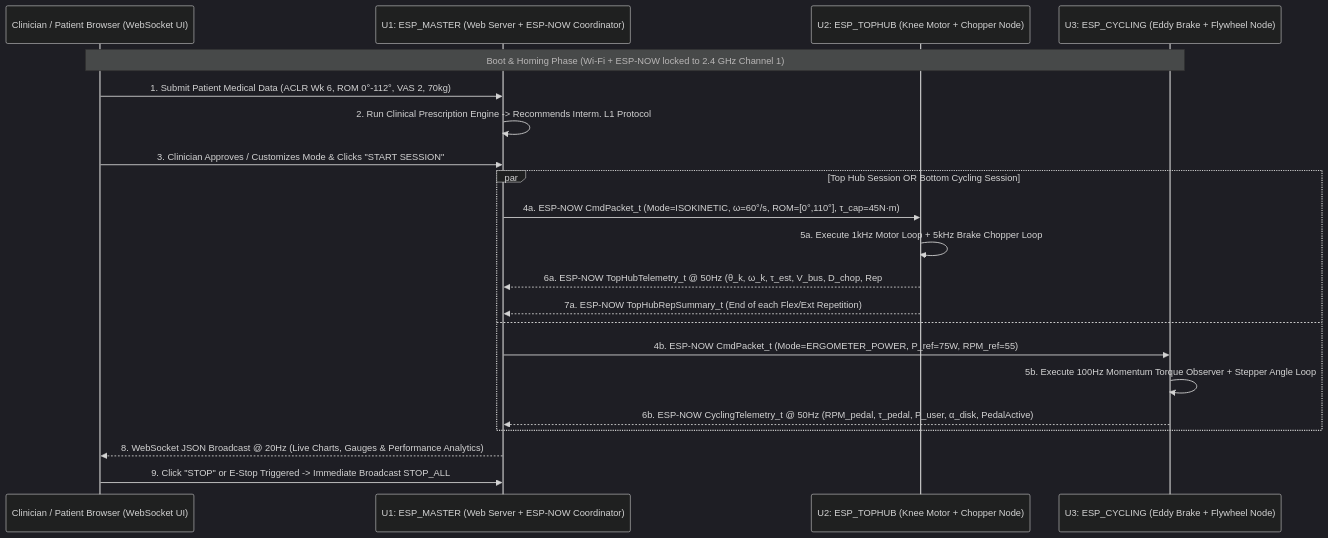
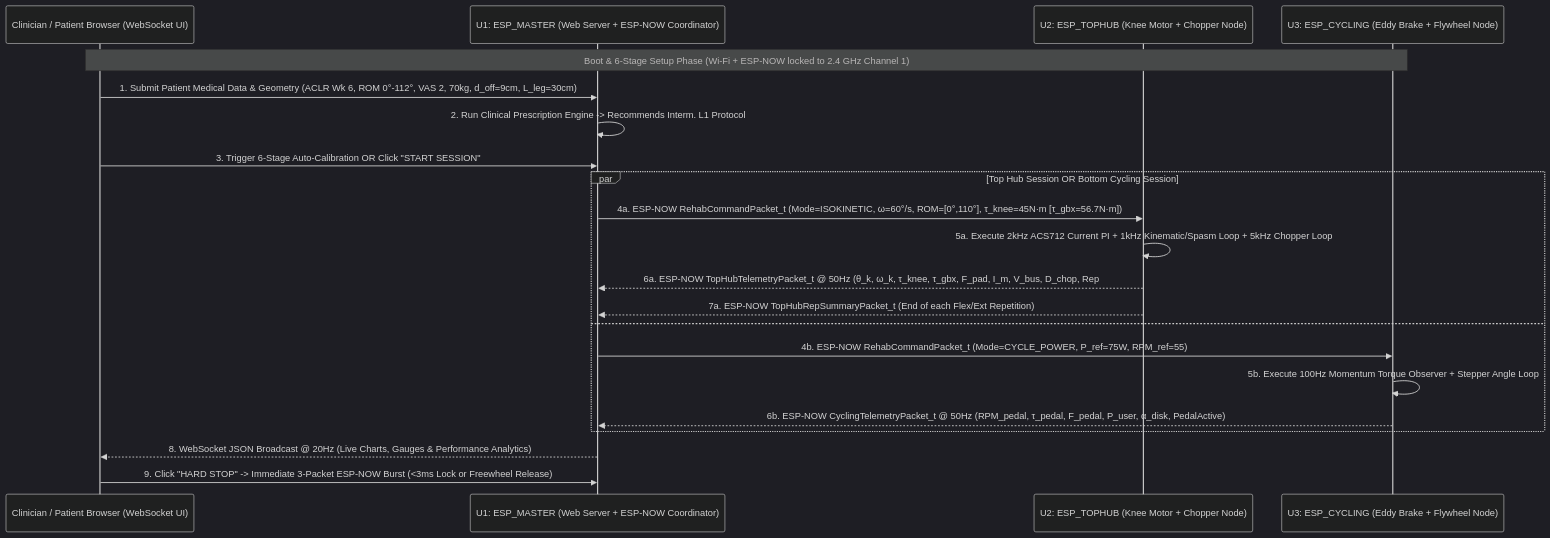
The second of 3 diagrams in README_INTEGRATED_SYSTEM_AND_WEB_APP.md (Kanishk-Goel-19/DP_DULLA), drawn with Mermaid (dark theme) before and after one commit. The commit also changed other lines of this file and 27 other files, not shown here.

````diff
--- a/README_INTEGRATED_SYSTEM_AND_WEB_APP.md
+++ b/README_INTEGRATED_SYSTEM_AND_WEB_APP.md
@@ -106,26 +119,26 @@
 ```mermaid
 sequenceDiagram
     participant UI as Clinician / Patient Browser (WebSocket UI)
     participant M as U1: ESP_MASTER (Web Server + ESP-NOW Coordinator)
     participant T as U2: ESP_TOPHUB (Knee Motor + Chopper Node)
     participant C as U3: ESP_CYCLING (Eddy Brake + Flywheel Node)
 
-    Note over UI,C: Boot & Homing Phase (Wi-Fi + ESP-NOW locked to 2.4 GHz Channel 1)
-    UI->>M: 1. Submit Patient Medical Data (ACLR Wk 6, ROM 0°-112°, VAS 2, 70kg)
+    Note over UI,C: Boot & 6-Stage Setup Phase (Wi-Fi + ESP-NOW locked to 2.4 GHz Channel 1)
+    UI->>M: 1. Submit Patient Medical Data & Geometry (ACLR Wk 6, ROM 0°-112°, VAS 2, 70kg, d_off=9cm, L_leg=30cm)
     M->>M: 2. Run Clinical Prescription Engine -> Recommends Interm. L1 Protocol
-    UI->>M: 3. Clinician Approves / Customizes Mode & Clicks "START SESSION"
+    UI->>M: 3. Trigger 6-Stage Auto-Calibration OR Click "START SESSION"
     
     par Top Hub Session OR Bottom Cycling Session
-        M->>T: 4a. ESP-NOW CmdPacket_t (Mode=ISOKINETIC, ω=60°/s, ROM=[0°,110°], τ_cap=45N·m)
-        T->>T: 5a. Execute 1kHz Motor Loop + 5kHz Brake Chopper Loop
-        T-->>M: 6a. ESP-NOW TopHubTelemetry_t @ 50Hz (θ_k, ω_k, τ_est, V_bus, D_chop, Rep#)
-        T-->>M: 7a. ESP-NOW TopHubRepSummary_t (End of each Flex/Ext Repetition)
+        M->>T: 4a. ESP-NOW RehabCommandPacket_t (Mode=ISOKINETIC, ω=60°/s, ROM=[0°,110°], τ_knee=45N·m [τ_gbx=56.7N·m])
+        T->>T: 5a. Execute 2kHz ACS712 Current PI + 1kHz Kinematic/Spasm Loop + 5kHz Chopper Loop
+        T-->>M: 6a. ESP-NOW TopHubTelemetryPacket_t @ 50Hz (θ_k, ω_k, τ_knee, τ_gbx, F_pad, I_m, V_bus, D_chop, Rep#)
+        T-->>M: 7a. ESP-NOW TopHubRepSummaryPacket_t (End of each Flex/Ext Repetition)
     and
-        M->>C: 4b. ESP-NOW CmdPacket_t (Mode=ERGOMETER_POWER, P_ref=75W, RPM_ref=55)
+        M->>C: 4b. ESP-NOW RehabCommandPacket_t (Mode=CYCLE_POWER, P_ref=75W, RPM_ref=55)
         C->>C: 5b. Execute 100Hz Momentum Torque Observer + Stepper Angle Loop
-        C-->>M: 6b. ESP-NOW CyclingTelemetry_t @ 50Hz (RPM_pedal, τ_pedal, P_user, α_disk, PedalActive)
+        C-->>M: 6b. ESP-NOW CyclingTelemetryPacket_t @ 50Hz (RPM_pedal, τ_pedal, F_pedal, P_user, α_disk, PedalActive)
     end
 
     M-->>UI: 8. WebSocket JSON Broadcast @ 20Hz (Live Charts, Gauges & Performance Analytics)
-    UI->>M: 9. Click "STOP" or E-Stop Triggered -> Immediate Broadcast STOP_ALL
+    UI->>M: 9. Click "HARD STOP" -> Immediate 3-Packet ESP-NOW Burst (<3ms Lock or Freewheel Release)
 ```
````
